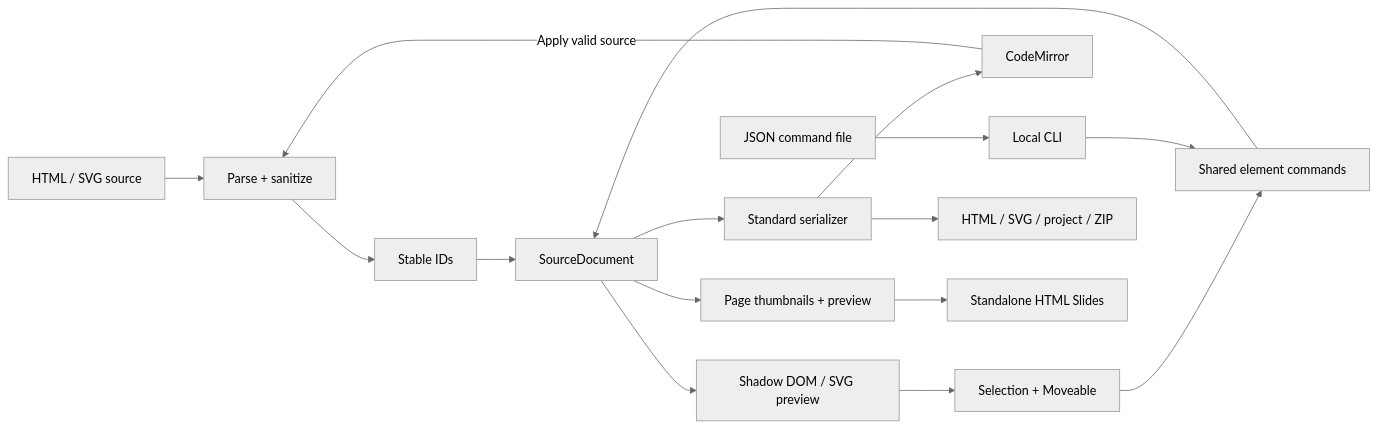
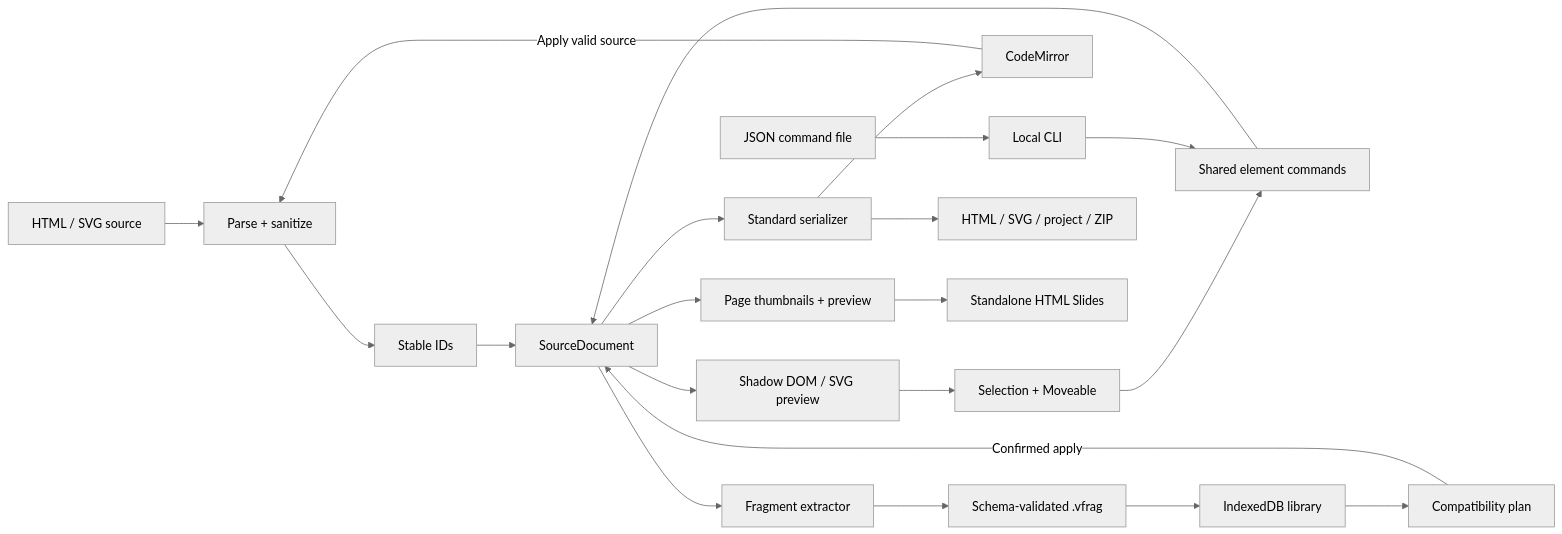
The diagram in docs/ARCHITECTURE.md (YTdou/AfterPrompt), drawn with Mermaid (neutral theme) before and after one commit. The commit also changed other lines of this file and 32 other files, not shown here.

````diff
--- a/docs/ARCHITECTURE.md
+++ b/docs/ARCHITECTURE.md
@@ -17,18 +17,23 @@
 ```mermaid
 flowchart LR
   Source[HTML / SVG source] --> Parse[Parse + sanitize]
   Parse --> IDs[Stable IDs]
   IDs --> Model[SourceDocument]
   Model --> Preview[Shadow DOM / SVG preview]
   Preview --> Interaction[Selection + Moveable]
   Interaction --> Commands[Shared element commands]
   Commands --> Model
   Model --> Serialize[Standard serializer]
   Serialize --> Code[CodeMirror]
   Code -->|Apply valid source| Parse
   JSON[JSON command file] --> CLI[Local CLI]
   CLI --> Commands
   Serialize --> Export[HTML / SVG / project / ZIP]
   Model --> Presentation[Page thumbnails + preview]
   Presentation --> Slides[Standalone HTML Slides]
+  Model --> Extract[Fragment extractor]
+  Extract --> Package[Schema-validated .vfrag]
+  Package --> Library[IndexedDB library]
+  Library --> Plan[Compatibility plan]
+  Plan -->|Confirmed apply| Model
 ```
````
